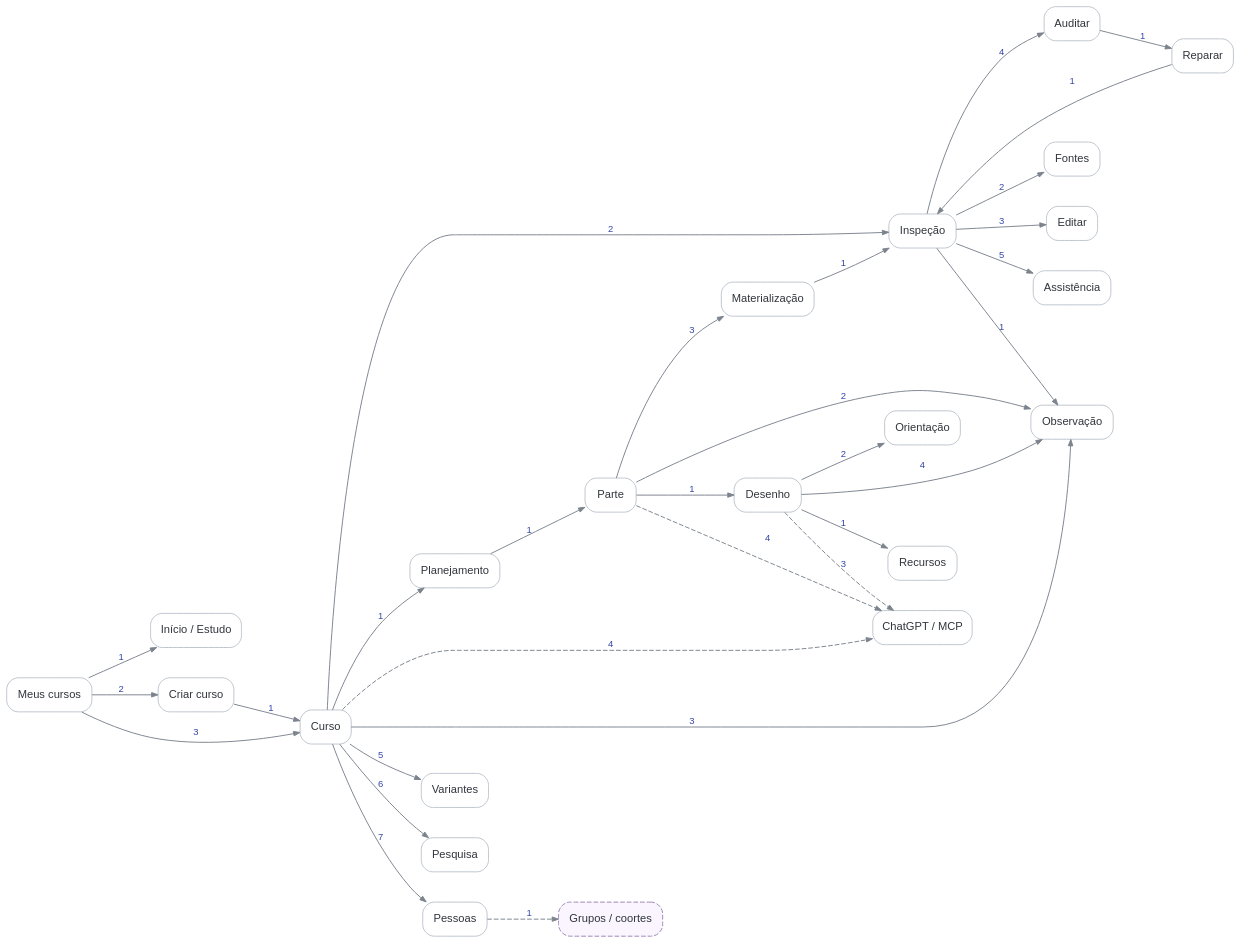
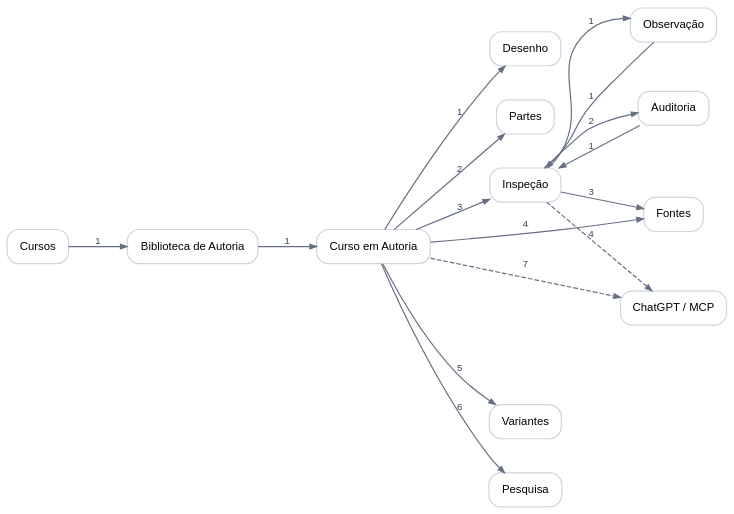
The diagram in ux-atlas/graphs/authoring.dot (fabio-ara/AraLearn), drawn with Graphviz before and after one commit.

Commit message:
Atualiza grafo de Autoria do atlas v6

```diff
--- a/ux-atlas/graphs/authoring.dot
+++ b/ux-atlas/graphs/authoring.dot
@@ -1,58 +1,33 @@
 digraph G {
-  graph [bgcolor="transparent", rankdir=LR, pad="0.23", nodesep="0.44", ranksep="0.78", splines="spline"];
-  node [shape=box, style="rounded,filled", fillcolor="#ffffff", color="#bcc3cc", fontcolor="#30353c", fontname="Arial", fontsize=11.8, margin="0.15,0.09"];
-  edge [color="#7b838d", fontcolor="#3346a8", fontname="Arial", fontsize=10, arrowsize=0.67];
-
-  study_home [label="Início / Estudo"];
-  author_courses [label="Meus cursos"];
-  author_create [label="Criar curso"];
-  author_course [label="Curso"];
-  author_plan [label="Planejamento"];
-  author_part [label="Parte"];
-  design [label="Desenho"];
-  resource_policy [label="Recursos"];
-  guidance [label="Orientação"];
-  materialization [label="Materialização"];
-  inspection [label="Inspeção"];
-  author_observation [label="Observação"];
-  author_sources [label="Fontes"];
-  author_edit [label="Editar"];
-  author_assist [label="Assistência"];
-  audit [label="Auditar"];
-  correction [label="Reparar"];
-  mcp_handoff [label="ChatGPT / MCP"];
-  variants [label="Variantes"];
-  analytics [label="Pesquisa"];
-  people [label="Pessoas"];
-  future_groups [label="Grupos / coortes", style="rounded,dashed,filled", fillcolor="#faf5ff", color="#9b84b7", class="future"];
-
-  author_courses -> study_home [label="1"];
-  author_courses -> author_create [label="2"];
-  author_courses -> author_course [label="3"];
-  author_create -> author_course [label="1"];
-  author_course -> author_plan [label="1"];
-  author_course -> inspection [label="2"];
-  author_course -> author_observation [label="3"];
-  author_course -> mcp_handoff [label="4", style=dashed, class="external"];
-  author_course -> variants [label="5"];
-  author_course -> analytics [label="6"];
-  author_course -> people [label="7"];
-  author_plan -> author_part [label="1"];
-  author_part -> design [label="1"];
-  author_part -> author_observation [label="2"];
-  author_part -> materialization [label="3"];
-  author_part -> mcp_handoff [label="4", style=dashed, class="external"];
-  design -> resource_policy [label="1"];
-  design -> guidance [label="2"];
-  design -> mcp_handoff [label="3", style=dashed, class="external"];
-  design -> author_observation [label="4"];
-  materialization -> inspection [label="1"];
-  inspection -> author_observation [label="1"];
-  inspection -> author_sources [label="2"];
-  inspection -> author_edit [label="3"];
-  inspection -> audit [label="4"];
-  inspection -> author_assist [label="5"];
-  audit -> correction [label="1"];
-  correction -> inspection [label="1"];
-  people -> future_groups [label="1", style=dashed, class="future"];
+  graph [rankdir=LR,bgcolor="transparent",pad=.25,nodesep=.5,ranksep=.78,splines=spline]
+  node [shape=rect,style="rounded,filled",fillcolor="#ffffff",color="#cfd5df",penwidth=1.2,
+        fontname="Arial",fontsize=12,margin=".18,.12"]
+  edge [color="#667085",penwidth=1.25,arrowsize=.7,fontname="Arial",fontsize=10,fontcolor="#344054"]
+  library [label="Cursos"]
+  authorLib [label="Biblioteca de Autoria"]
+  course [label="Curso em Autoria"]
+  design [label="Desenho"]
+  parts [label="Partes"]
+  inspect [label="Inspeção"]
+  annotate [label="Observação"]
+  audit [label="Auditoria"]
+  sources [label="Fontes"]
+  variants [label="Variantes"]
+  research [label="Pesquisa"]
+  mcp [label="ChatGPT / MCP"]
+  library -> authorLib [label="1"]
+  authorLib -> course [label="1"]
+  course -> design [label="1"]
+  course -> parts [label="2"]
+  course -> inspect [label="3"]
+  course -> sources [label="4"]
+  course -> variants [label="5"]
+  course -> research [label="6"]
+  course -> mcp [label="7",style=dashed]
+  inspect -> annotate [label="1"]
+  inspect -> audit [label="2"]
+  inspect -> sources [label="3"]
+  inspect -> mcp [label="4",style=dashed]
+  annotate -> inspect [label="1"]
+  audit -> inspect [label="1"]
 }
```
